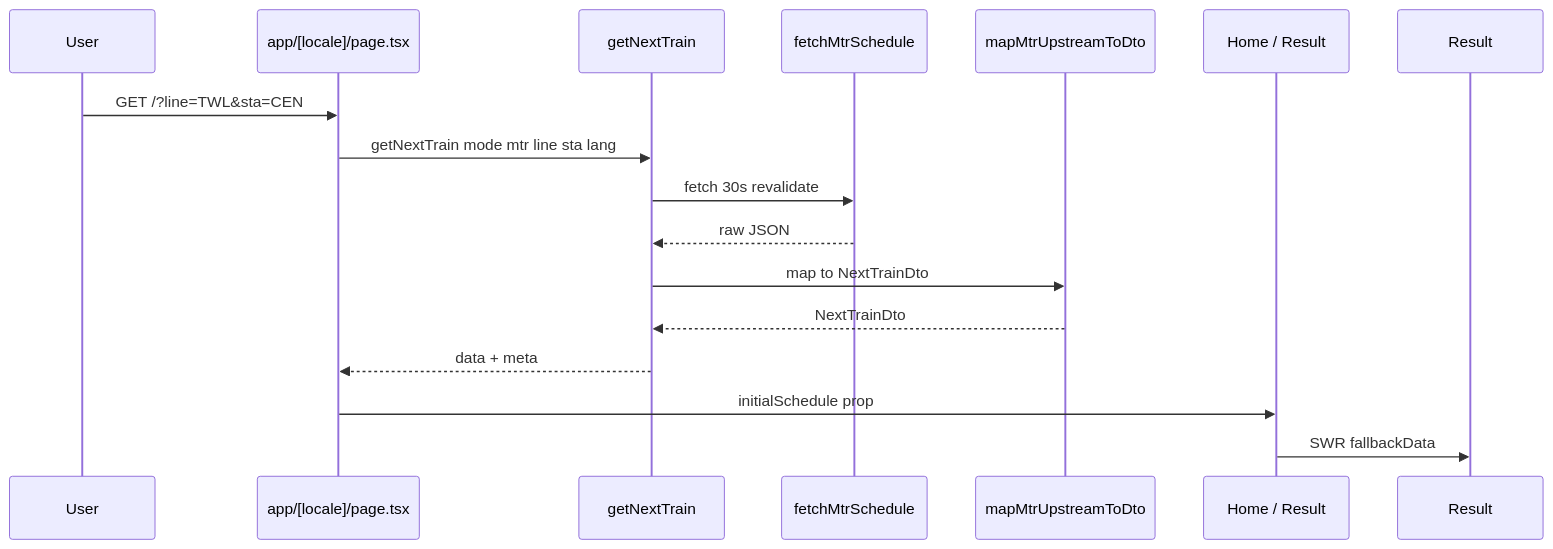
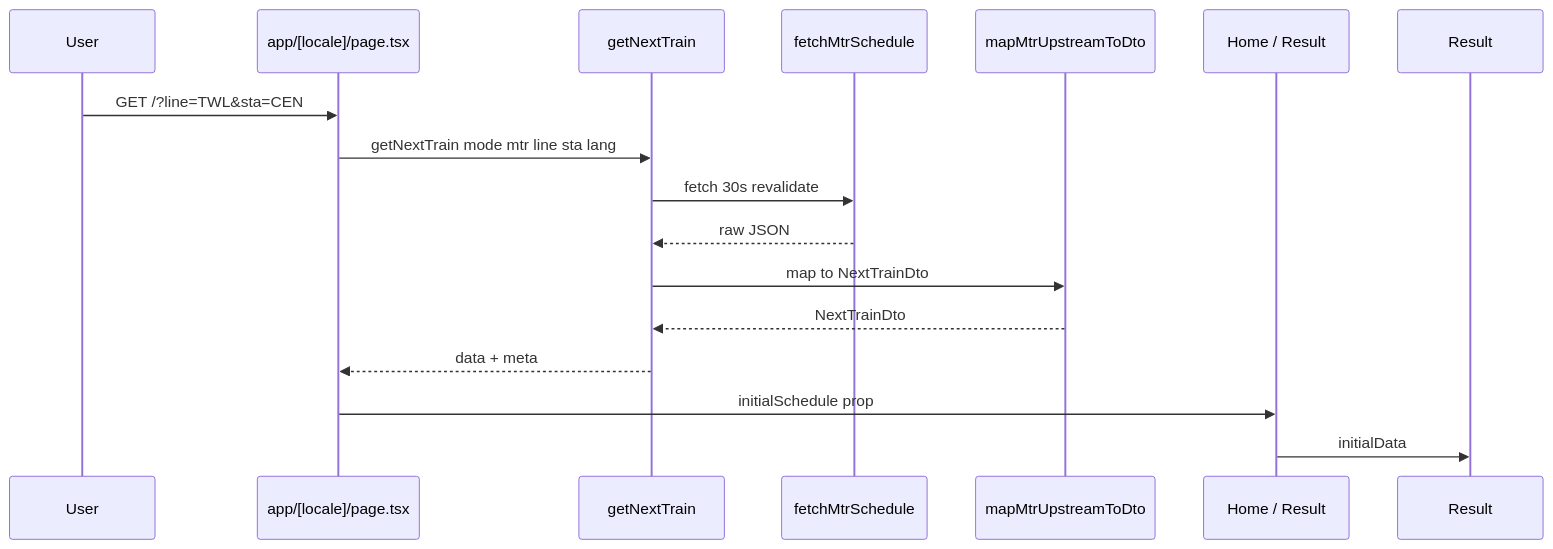
One commit to tchmhkg/nextjs-mtr changed the third of 4 diagrams in README.md. Above: the diagram before and after it, drawn with Mermaid. The commit also changed other lines of this file and 107 other files, not shown here.

````diff
--- a/README.md
+++ b/README.md
@@ -148,19 +164,19 @@
 ```mermaid
 sequenceDiagram
   participant User
   participant Page as app/[locale]/page.tsx
   participant Service as getNextTrain
   participant Upstream as fetchMtrSchedule
   participant Mapper as mapMtrUpstreamToDto
   participant Home as Home / Result
 
   User->>Page: GET /?line=TWL&sta=CEN
   Page->>Service: getNextTrain mode mtr line sta lang
   Service->>Upstream: fetch 30s revalidate
   Upstream-->>Service: raw JSON
   Service->>Mapper: map to NextTrainDto
   Mapper-->>Service: NextTrainDto
   Service-->>Page: data + meta
   Page->>Home: initialSchedule prop
-  Home->>Result: SWR fallbackData
+  Home->>Result: initialData
 ```
````
